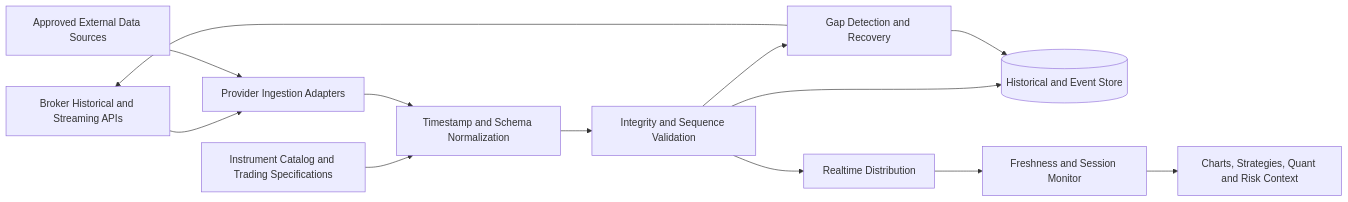
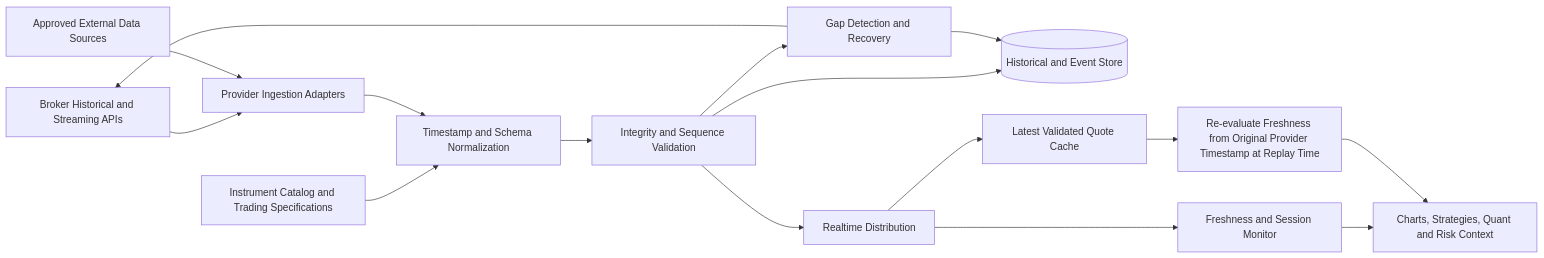
Before and after one commit to atheertrading/atheer-trading-platform: the diagram in docs/architecture/diagrams/03-market-data-pipeline.mmd, drawn with Mermaid.

Commit message:
docs(architecture): model cached quote freshness replay

```diff
--- a/docs/architecture/diagrams/03-market-data-pipeline.mmd
+++ b/docs/architecture/diagrams/03-market-data-pipeline.mmd
@@ -1,25 +1,30 @@
 flowchart LR
     Broker[Broker Historical and Streaming APIs]
     External[Approved External Data Sources]
     Ingest[Provider Ingestion Adapters]
     Catalog[Instrument Catalog and Trading Specifications]
     Normalize[Timestamp and Schema Normalization]
     Validate[Integrity and Sequence Validation]
     Persist[(Historical and Event Store)]
     Stream[Realtime Distribution]
+    Cache[Latest Validated Quote Cache]
+    Replay[Re-evaluate Freshness from Original Provider Timestamp at Replay Time]
     Freshness[Freshness and Session Monitor]
     Consumers[Charts, Strategies, Quant and Risk Context]
     Recovery[Gap Detection and Recovery]
 
     Broker --> Ingest
     External --> Ingest
     Catalog --> Normalize
     Ingest --> Normalize
     Normalize --> Validate
     Validate --> Persist
     Validate --> Stream
     Stream --> Freshness
     Freshness --> Consumers
+    Stream --> Cache
+    Cache --> Replay
+    Replay --> Consumers
     Validate --> Recovery
     Recovery --> Broker
     Recovery --> Persist
```
